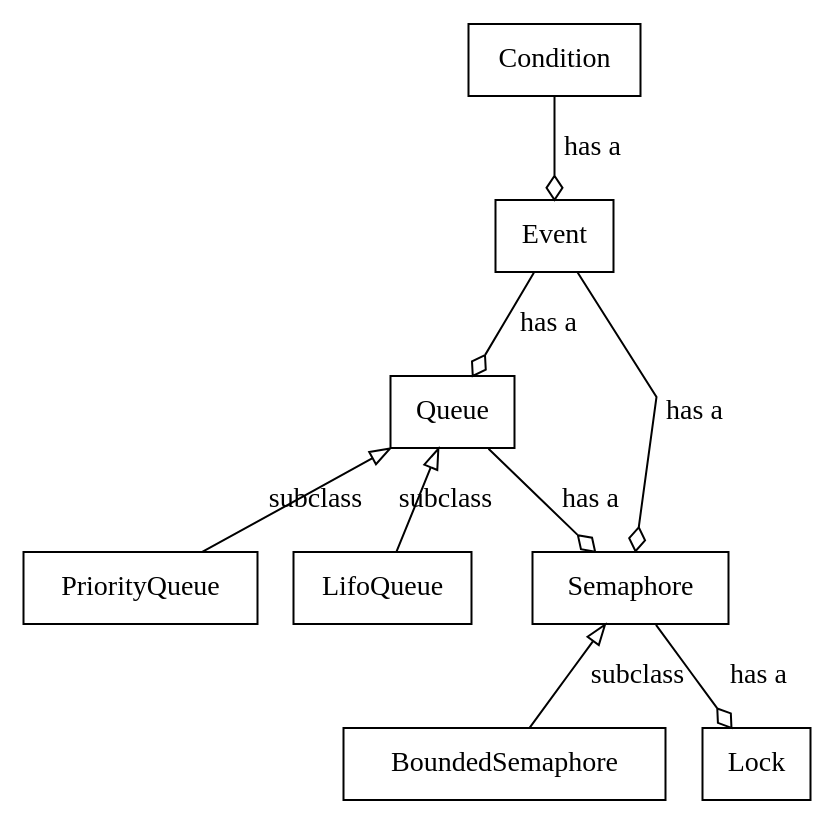
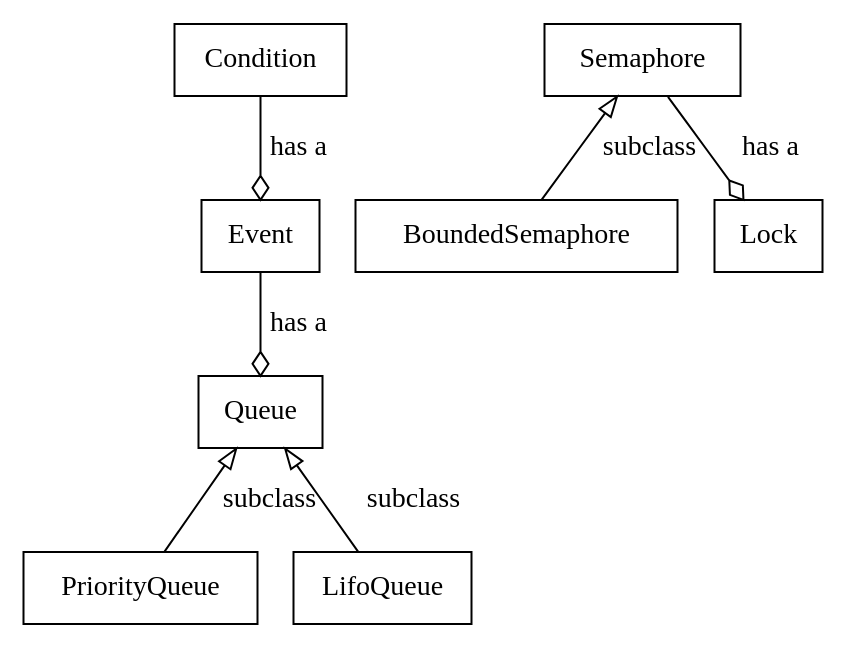
One commit to ajdavis/toro changed the diagram in doc/classes.rst. Above: the diagram before and after it, drawn with Graphviz. The commit also changed other lines of this file and 4 other files, not shown here.

```diff
--- a/doc/classes.rst
+++ b/doc/classes.rst
@@ -73,22 +73,20 @@
 .. graphviz::
 
    digraph Toro {
        graph [splines=false];
        node [shape=record];
 
        // First show UML-style subclass relationships.
        edge [label=subclass arrowtail=empty arrowhead=none dir=both];
 
        Queue -> PriorityQueue
        Queue -> LifoQueue
        Semaphore -> BoundedSemaphore
 
        // Now UML-style composition or has-a relationships.
        edge [label="has a" arrowhead=odiamond arrowtail=none];
 
        Event -> Queue
        Condition -> Event
-       Event -> Semaphore
-       Queue -> Semaphore
        Semaphore -> Lock
    }
```
